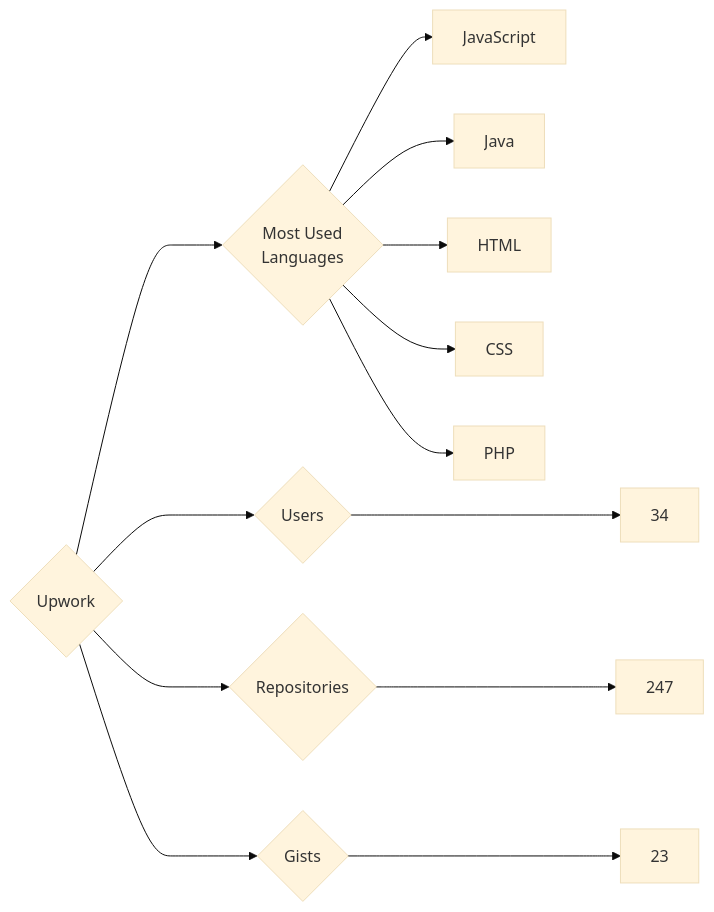
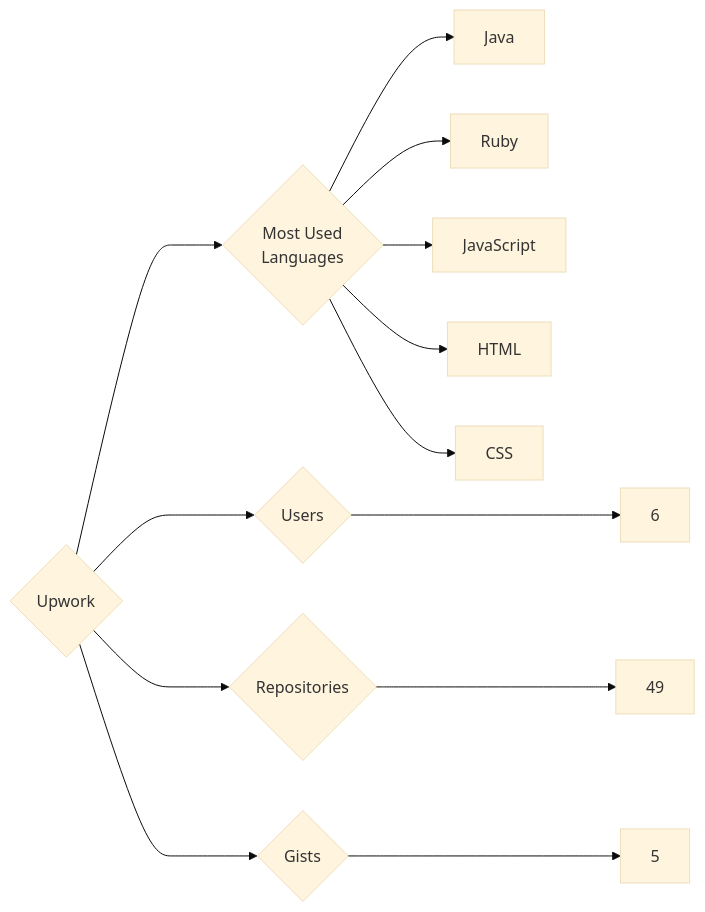
The diagram in targets/Upwork/README.md (trickest/insiders), drawn with Mermaid (base theme) before and after one commit. The commit also changed 976 other files, not shown here.

````diff
--- a/targets/Upwork/README.md
+++ b/targets/Upwork/README.md
@@ -3,13 +3,13 @@
 ```mermaid
 graph LR
 COMPANY_NAME{Upwork}
-COMPANY_NAME ---> U{Users} ---> UN[34]
-COMPANY_NAME ---> R{Repositories} ---> RN[247]
-COMPANY_NAME ---> G{Gists} ---> GN[23]
+COMPANY_NAME ---> U{Users} ---> UN[6]
+COMPANY_NAME ---> R{Repositories} ---> RN[49]
+COMPANY_NAME ---> G{Gists} ---> GN[5]
 COMPANY_NAME ---> ML{Most Used<br>Languages}
+ML --> Java[Java]
+ML --> Ruby[Ruby]
 ML --> JavaScript[JavaScript]
-ML --> Java[Java]
 ML --> HTML[HTML]
 ML --> CSS[CSS]
-ML --> PHP[PHP]
 ```
````
